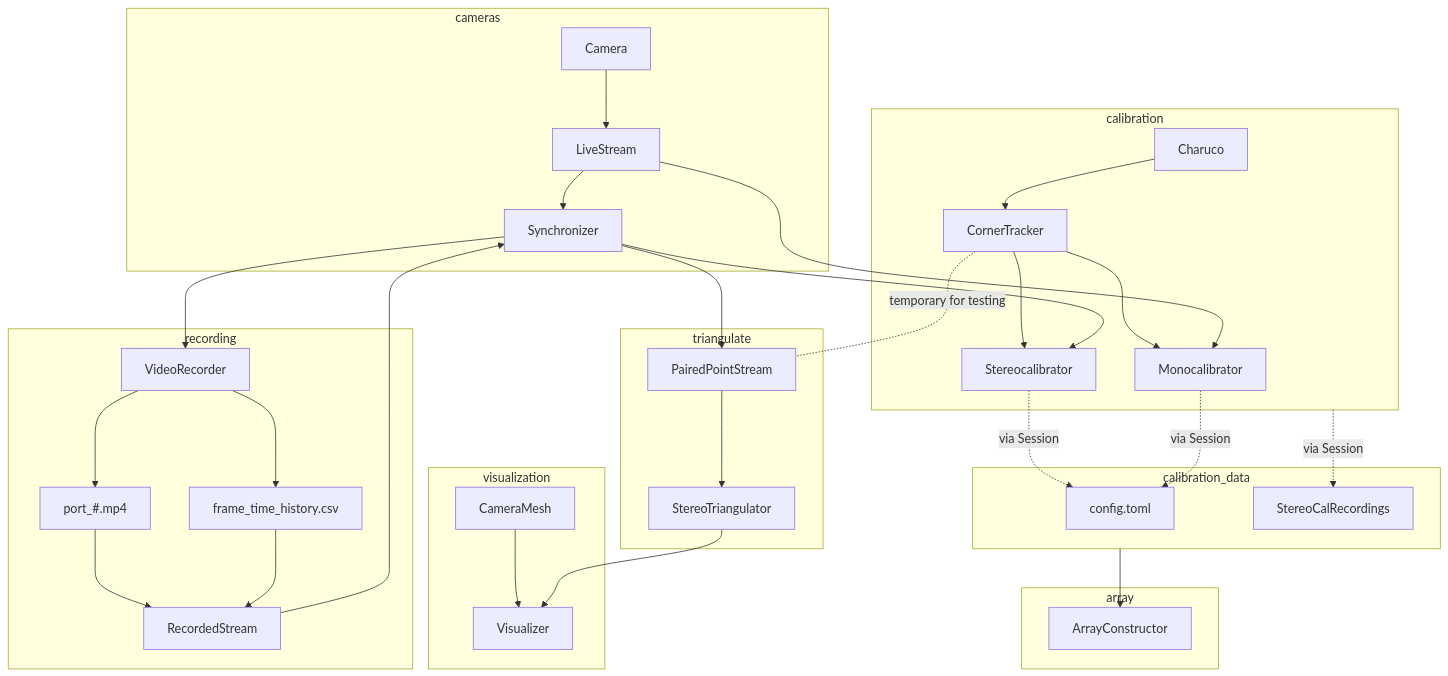
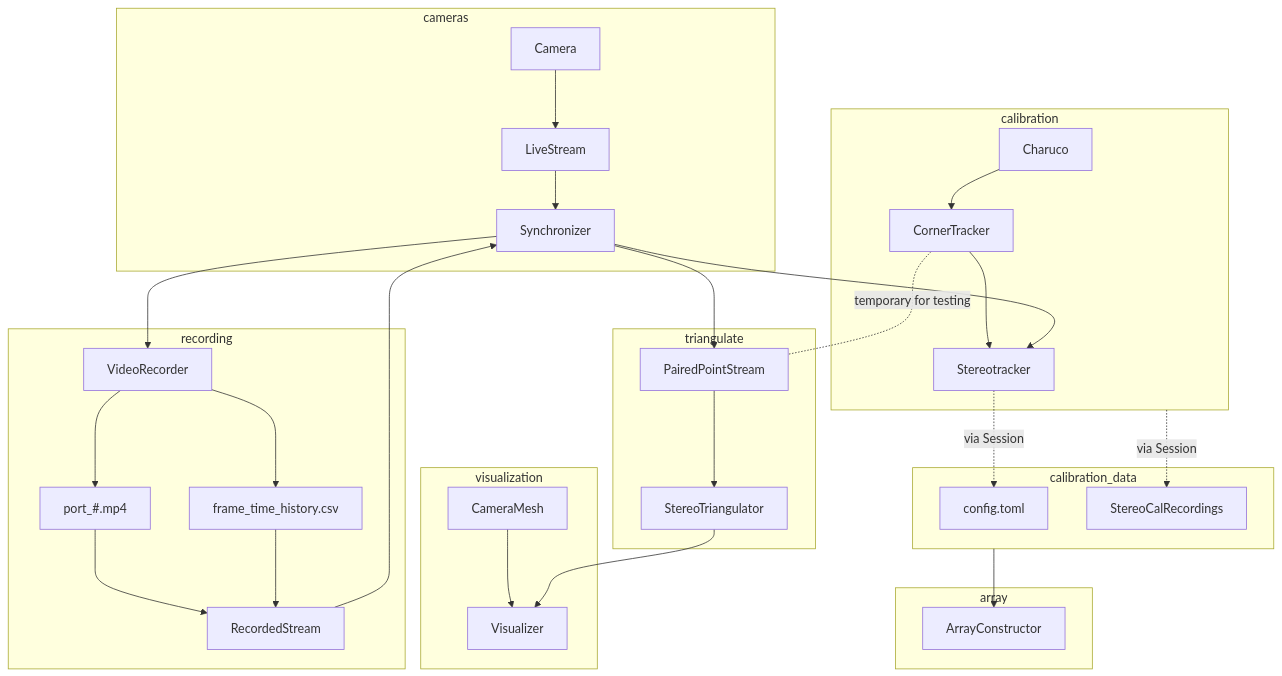
The diagram in README.md (mprib/caliscope), drawn with Mermaid before and after one commit. The commit also changed other lines of this file, not shown here.

Commit message:
updating "current flow" to current framework

````diff
--- a/README.md
+++ b/README.md
@@ -30,55 +13,51 @@
 ```mermaid
 graph TD
 
 subgraph cameras
 Camera --> LiveStream
 LiveStream --> Synchronizer
 end
 
 subgraph calibration
 Charuco --> CornerTracker
-CornerTracker --> Monocalibrator
-CornerTracker --> Stereocalibrator
+CornerTracker --> Stereotracker
 end
 
-Synchronizer --> Stereocalibrator
-LiveStream --> Monocalibrator
-
+Synchronizer --> Stereotracker
 subgraph calibration_data
 config.toml
 StereoCalRecordings
 end
 
-Stereocalibrator -.via Session.-> config.toml
+Stereotracker -.via Session.-> config.toml
 calibration -.via Session.-> StereoCalRecordings
-Monocalibrator -.via Session.-> config.toml
 calibration_data --> ArrayConstructor
 
 subgraph array
 ArrayConstructor
 end
 
 Synchronizer --> PairedPointStream 
 
 subgraph recording
 Synchronizer --> VideoRecorder
 VideoRecorder --> port_#.mp4
 VideoRecorder --> frame_time_history.csv
 
 port_#.mp4 --> RecordedStream
 frame_time_history.csv --> RecordedStream
 RecordedStream --> Synchronizer
 end
 
 CornerTracker -.temporary for testing.- PairedPointStream
 
 subgraph triangulate
 PairedPointStream --> StereoTriangulator
 end
 
 subgraph visualization
 CameraMesh --> Visualizer
 StereoTriangulator --> Visualizer
 end
 
 ```
````
